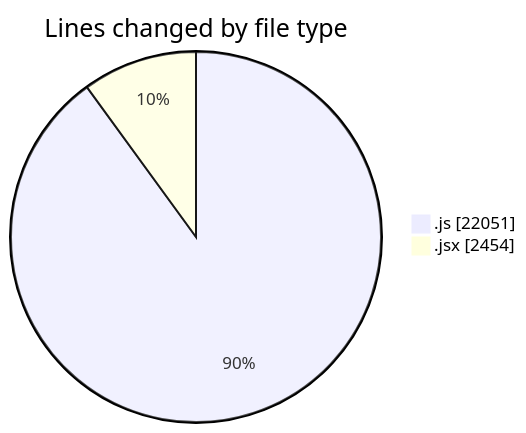
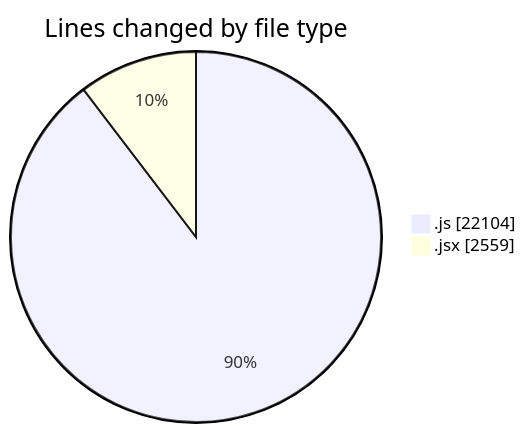
Before and after one commit to nxtqubesakshisongat/code-tracking: the first of 2 diagrams in 2025-09-30/nxtqube_webapp/README.md, drawn with Mermaid. The commit also changed other lines of this file and 1 other file, not shown here.

````diff
--- a/2025-09-30/nxtqube_webapp/README.md
+++ b/2025-09-30/nxtqube_webapp/README.md
@@ -23,6 +23,6 @@
 ```mermaid
 pie showData
 title Lines changed by file type
-".js" : 22051
-".jsx" : 2454
+".js" : 22104
+".jsx" : 2559
 ```
````
